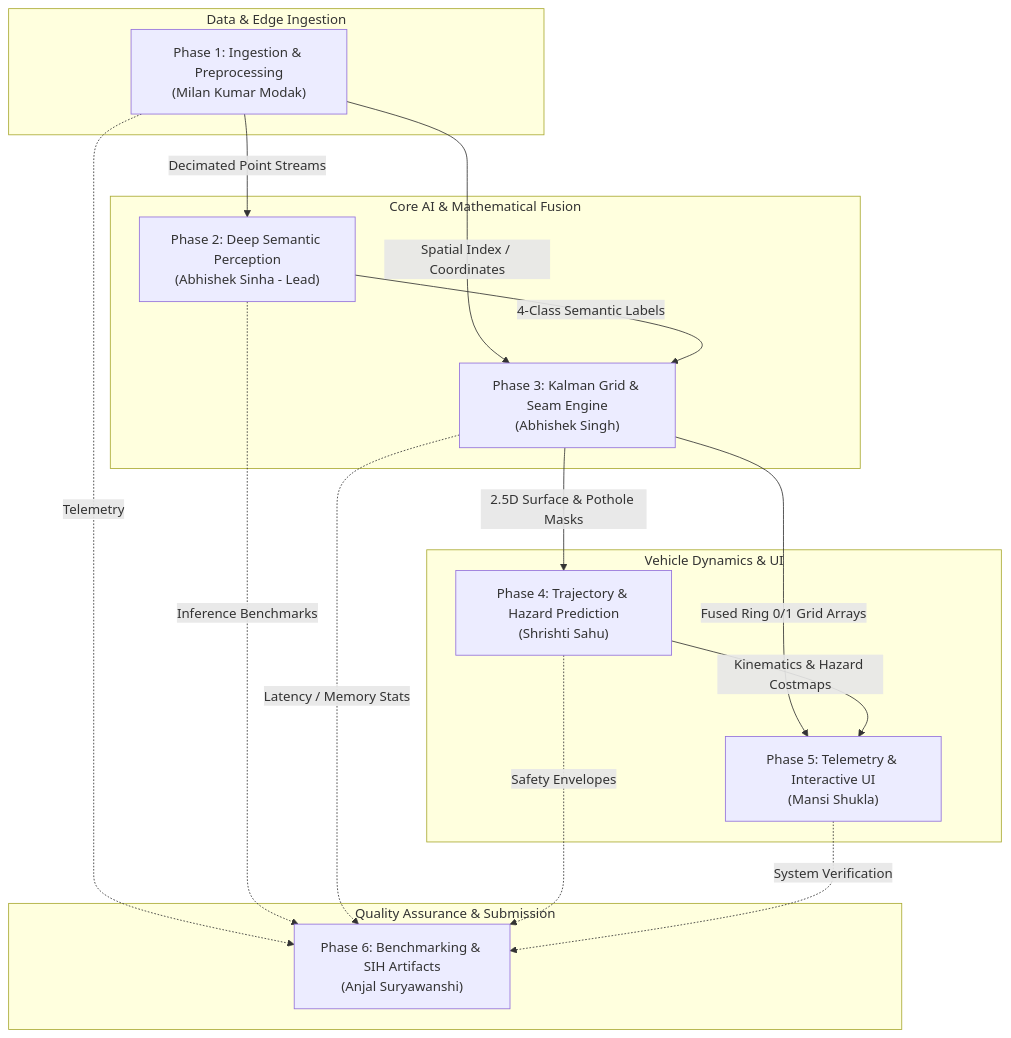
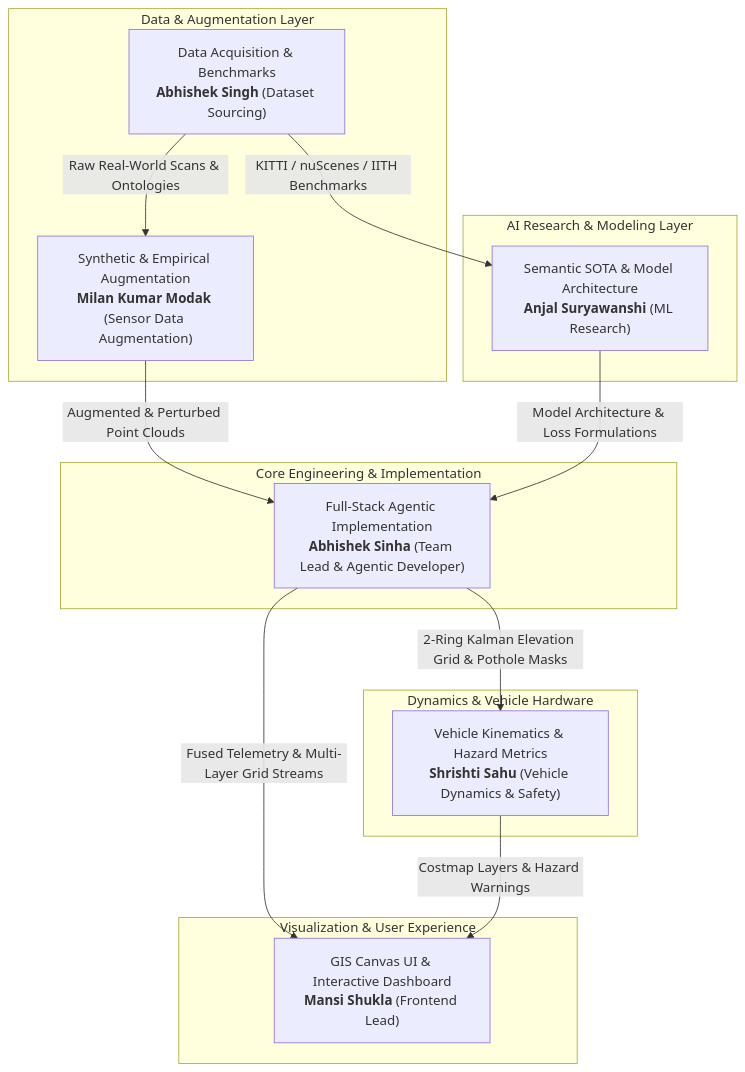
The first of 2 diagrams in Team_Development_Plan.md (Abhishek-S0111/FORGE-2.5D), drawn with Mermaid before and after one commit. The commit also changed other lines of this file and 1 other file, not shown here.

Commit message:
Update to Team Plans

````diff
--- a/Team_Development_Plan.md
+++ b/Team_Development_Plan.md
@@ -20,29 +20,27 @@
 ```mermaid
 flowchart TD
-    subgraph Data & Edge Ingestion
-        P1["Phase 1: Ingestion & Preprocessing<br/>(Milan Kumar Modak)"]
+    subgraph Data & Augmentation Layer
+        T1["Data Acquisition & Benchmarks<br/><b>Abhishek Singh</b> (Dataset Sourcing)"]
+        T2["Synthetic & Empirical Augmentation<br/><b>Milan Kumar Modak</b> (Sensor Data Augmentation)"]
     end
-    subgraph Core AI & Mathematical Fusion
-        P2["Phase 2: Deep Semantic Perception<br/>(Abhishek Sinha - Lead)"]
-        P3["Phase 3: Kalman Grid & Seam Engine<br/>(Abhishek Singh)"]
+    subgraph AI Research & Modeling Layer
+        T3["Semantic SOTA & Model Architecture<br/><b>Anjal Suryawanshi</b> (ML Research)"]
     end
-    subgraph Vehicle Dynamics & UI
-        P4["Phase 4: Trajectory & Hazard Prediction<br/>(Shrishti Sahu)"]
-        P5["Phase 5: Telemetry & Interactive UI<br/>(Mansi Shukla)"]
+    subgraph Core Engineering & Implementation
+        T4["Full-Stack Agentic Implementation<br/><b>Abhishek Sinha</b> (Team Lead & Agentic Developer)"]
     end
-    subgraph Quality Assurance & Submission
-        P6["Phase 6: Benchmarking & SIH Artifacts<br/>(Anjal Suryawanshi)"]
+    subgraph Dynamics & Vehicle Hardware
+        T5["Vehicle Kinematics & Hazard Metrics<br/><b>Shrishti Sahu</b> (Vehicle Dynamics & Safety)"]
+    end
+    subgraph Visualization & User Experience
+        T6["GIS Canvas UI & Interactive Dashboard<br/><b>Mansi Shukla</b> (Frontend Lead)"]
     end
 
-    P1 -->|Decimated Point Streams| P2
-    P1 -->|Spatial Index / Coordinates| P3
-    P2 -->|4-Class Semantic Labels| P3
-    P3 -->|2.5D Surface & Pothole Masks| P4
-    P3 -->|Fused Ring 0/1 Grid Arrays| P5
-    P4 -->|Kinematics & Hazard Costmaps| P5
-    P1 -.->|Telemetry| P6
-    P2 -.->|Inference Benchmarks| P6
-    P3 -.->|Latency / Memory Stats| P6
-    P4 -.->|Safety Envelopes| P6
-    P5 -.->|System Verification| P6
+    T1 -->|Raw Real-World Scans & Ontologies| T2
+    T1 -->|KITTI / nuScenes / IITH Benchmarks| T3
+    T2 -->|Augmented & Perturbed Point Clouds| T4
+    T3 -->|Model Architecture & Loss Formulations| T4
+    T4 -->|2-Ring Kalman Elevation Grid & Pothole Masks| T5
+    T4 -->|Fused Telemetry & Multi-Layer Grid Streams| T6
+    T5 -->|Costmap Layers & Hazard Warnings| T6
 ```
````
